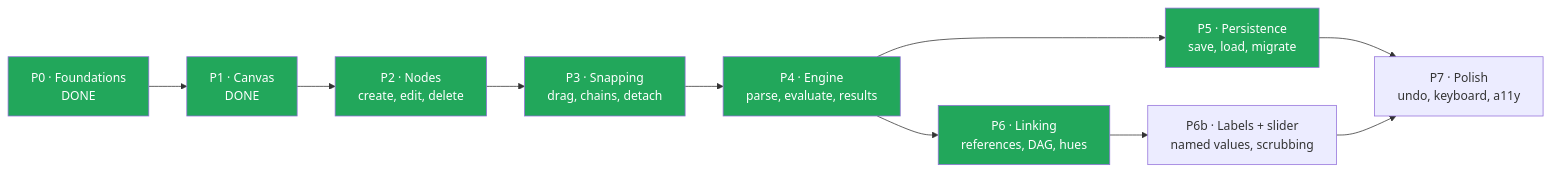
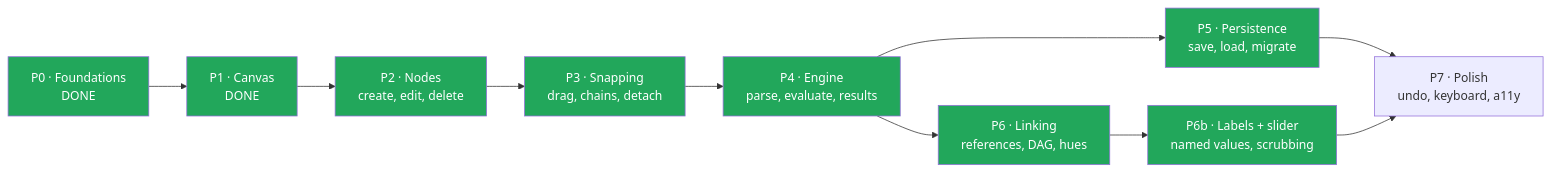
The first of 6 diagrams in docs/DEVELOPMENT_PLAN.md (tousifosman/CalcMind), drawn with Mermaid before and after one commit. The commit also changed other lines of this file and 2 other files, not shown here.

````diff
--- a/docs/DEVELOPMENT_PLAN.md
+++ b/docs/DEVELOPMENT_PLAN.md
@@ -49,19 +49,20 @@
 ```mermaid
 flowchart LR
     P0["P0 · Foundations<br/>DONE"] --> P1["P1 · Canvas<br/>DONE"]
     P1 --> P2["P2 · Nodes<br/>create, edit, delete"]
     P2 --> P3["P3 · Snapping<br/>drag, chains, detach"]
     P3 --> P4["P4 · Engine<br/>parse, evaluate, results"]
     P4 --> P5["P5 · Persistence<br/>save, load, migrate"]
     P4 --> P6["P6 · Linking<br/>references, DAG, hues"]
     P6 --> P6b["P6b · Labels + slider<br/>named values, scrubbing"]
     P5 --> P7["P7 · Polish<br/>undo, keyboard, a11y"]
     P6b --> P7
     style P0 fill:#22A75B,color:#fff
     style P1 fill:#22A75B,color:#fff
     style P2 fill:#22A75B,color:#fff
     style P3 fill:#22A75B,color:#fff
     style P4 fill:#22A75B,color:#fff
     style P5 fill:#22A75B,color:#fff
     style P6 fill:#22A75B,color:#fff
+    style P6b fill:#22A75B,color:#fff
 ```
````
